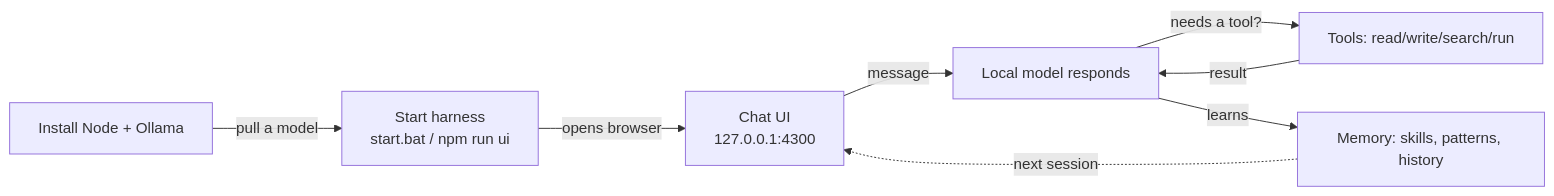
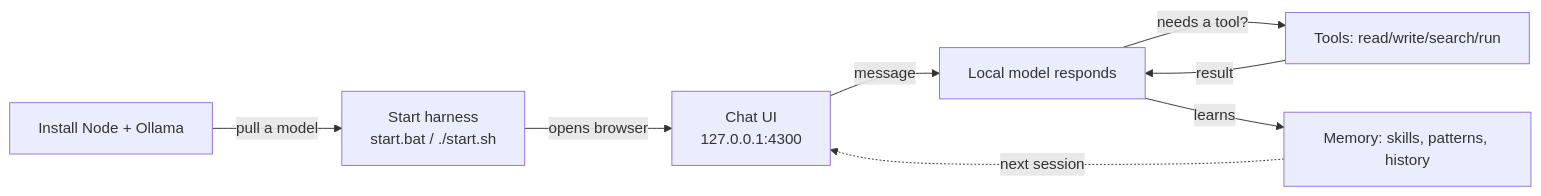
One commit to Bradliebs/ollama-agent-harness changed the diagram in docs/SYSTEM-OVERVIEW.md. Above: the diagram before and after it, drawn with Mermaid. The commit also changed 21 other files, not shown here.

````diff
--- a/docs/SYSTEM-OVERVIEW.md
+++ b/docs/SYSTEM-OVERVIEW.md
@@ -35,10 +35,10 @@
 ```mermaid
 flowchart LR
-    A[Install Node + Ollama] -->|pull a model| B[Start harness<br/>start.bat / npm run ui]
+    A[Install Node + Ollama] -->|pull a model| B[Start harness<br/>start.bat / ./start.sh]
     B -->|opens browser| C[Chat UI<br/>127.0.0.1:4300]
     C -->|message| D[Local model responds]
     D -->|needs a tool?| E[Tools: read/write/search/run]
     E -->|result| D
     D -->|learns| F[Memory: skills, patterns, history]
     F -.->|next session| C
 ```
````
